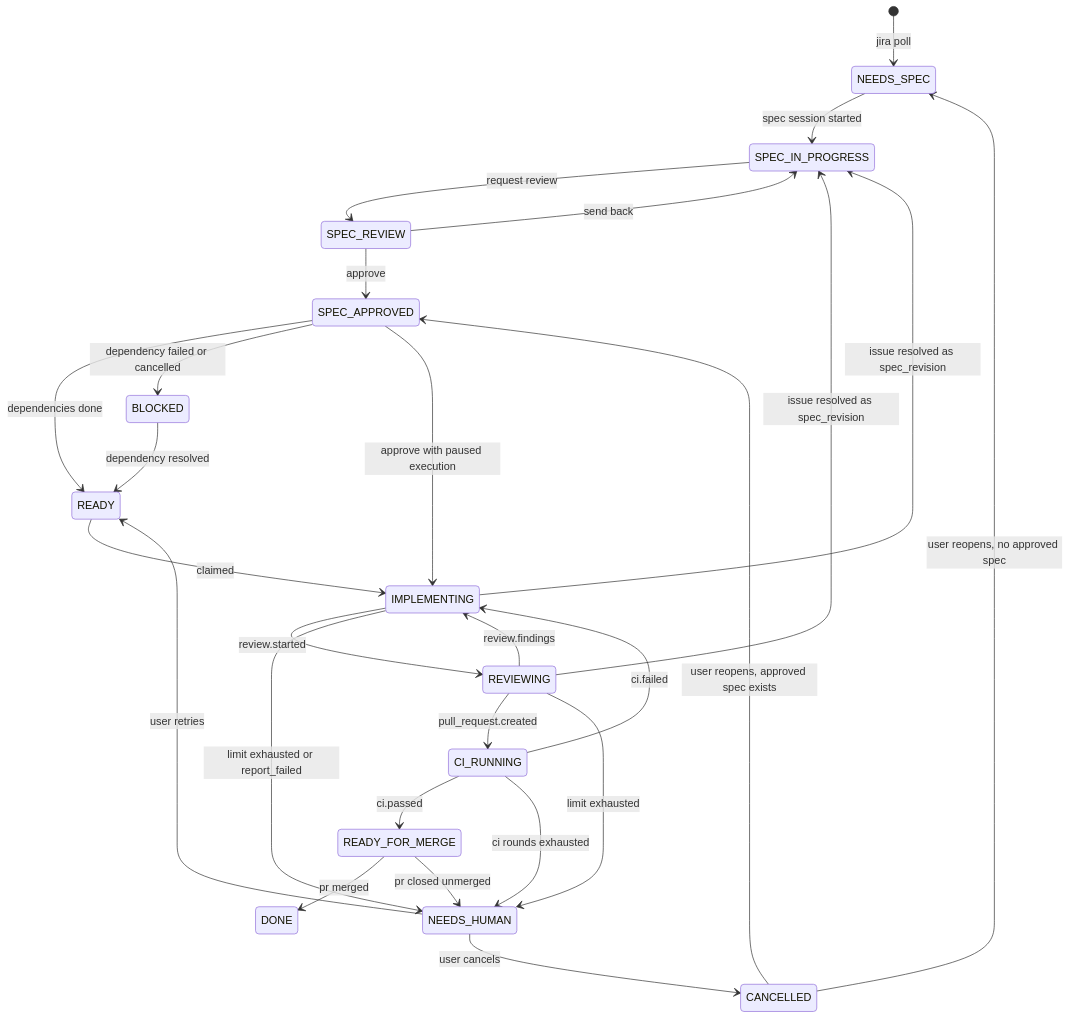
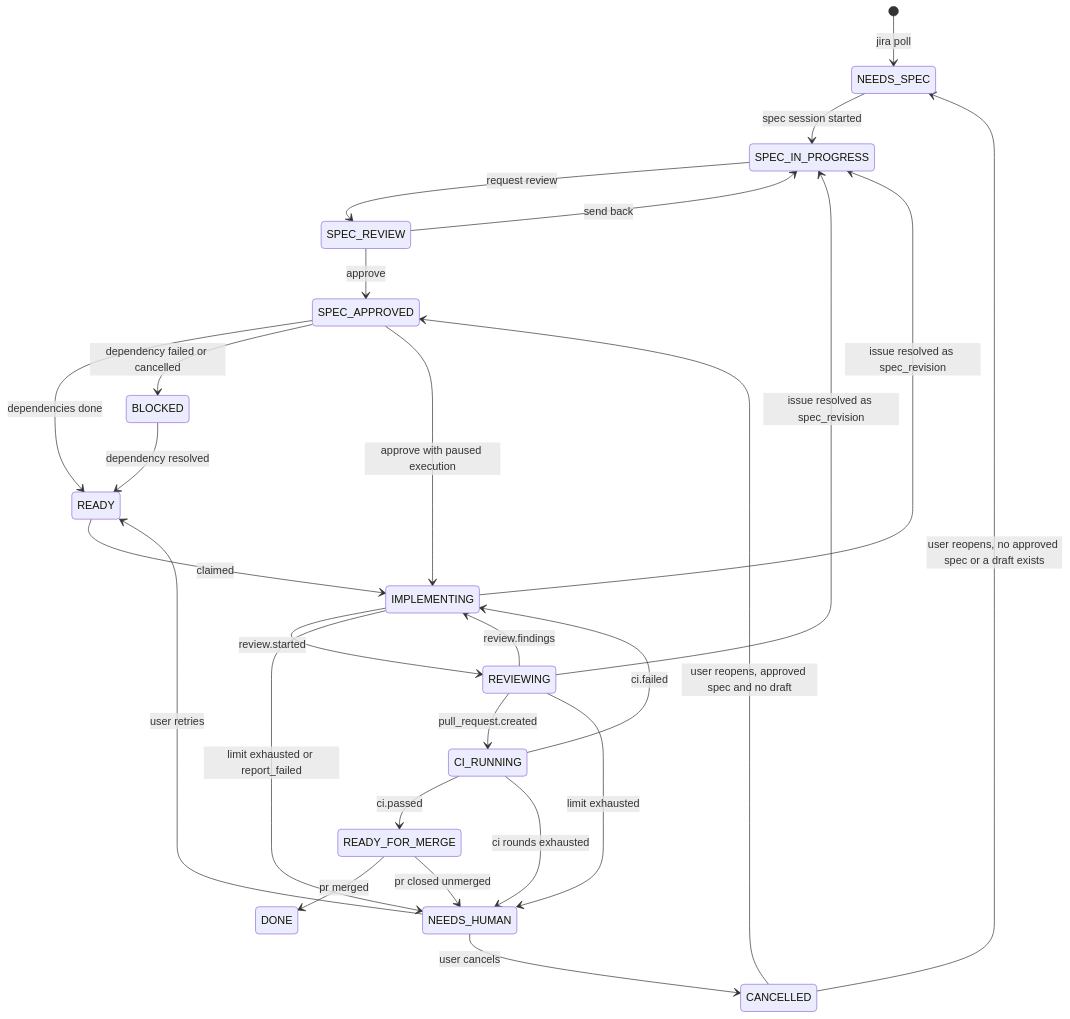
Before and after one commit to ml-goopter/goopter_ticket_orchestra: the third of 4 diagrams in docs/design.md, drawn with Mermaid. The commit also changed other lines of this file and 3 other files, not shown here.

````diff
--- a/docs/design.md
+++ b/docs/design.md
@@ -487,29 +487,29 @@
 ```mermaid
 stateDiagram-v2
   [*] --> NEEDS_SPEC: jira poll
   NEEDS_SPEC --> SPEC_IN_PROGRESS: spec session started
   SPEC_IN_PROGRESS --> SPEC_REVIEW: request review
   SPEC_REVIEW --> SPEC_IN_PROGRESS: send back
   SPEC_REVIEW --> SPEC_APPROVED: approve
   SPEC_APPROVED --> READY: dependencies done
   SPEC_APPROVED --> BLOCKED: dependency failed or cancelled
   READY --> IMPLEMENTING: claimed
   IMPLEMENTING --> REVIEWING: review.started
   REVIEWING --> IMPLEMENTING: review.findings
   REVIEWING --> CI_RUNNING: pull_request.created
   CI_RUNNING --> IMPLEMENTING: ci.failed
   CI_RUNNING --> READY_FOR_MERGE: ci.passed
   READY_FOR_MERGE --> DONE: pr merged
   IMPLEMENTING --> SPEC_IN_PROGRESS: issue resolved as spec_revision
   REVIEWING --> SPEC_IN_PROGRESS: issue resolved as spec_revision
   SPEC_APPROVED --> IMPLEMENTING: approve with paused execution
   IMPLEMENTING --> NEEDS_HUMAN: limit exhausted or report_failed
   REVIEWING --> NEEDS_HUMAN: limit exhausted
   CI_RUNNING --> NEEDS_HUMAN: ci rounds exhausted
   NEEDS_HUMAN --> READY: user retries
   NEEDS_HUMAN --> CANCELLED: user cancels
   READY_FOR_MERGE --> NEEDS_HUMAN: pr closed unmerged
   BLOCKED --> READY: dependency resolved
-  CANCELLED --> SPEC_APPROVED: user reopens, approved spec exists
-  CANCELLED --> NEEDS_SPEC: user reopens, no approved spec
+  CANCELLED --> SPEC_APPROVED: user reopens, approved spec and no draft
+  CANCELLED --> NEEDS_SPEC: user reopens, no approved spec or a draft exists
 ```
````
